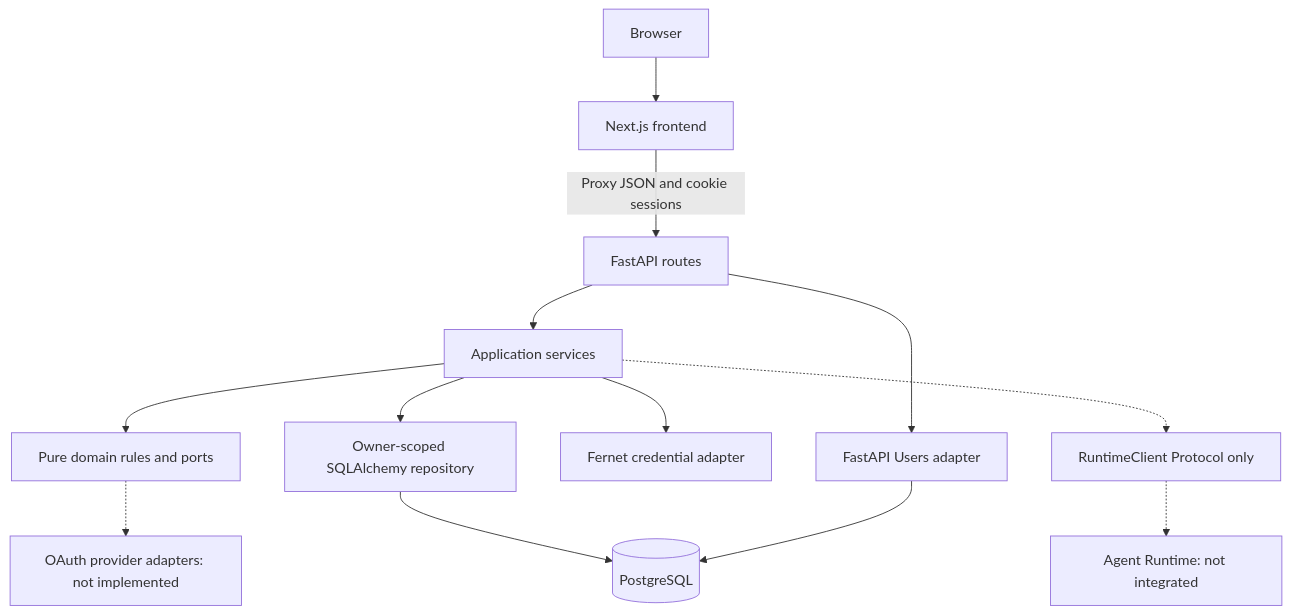
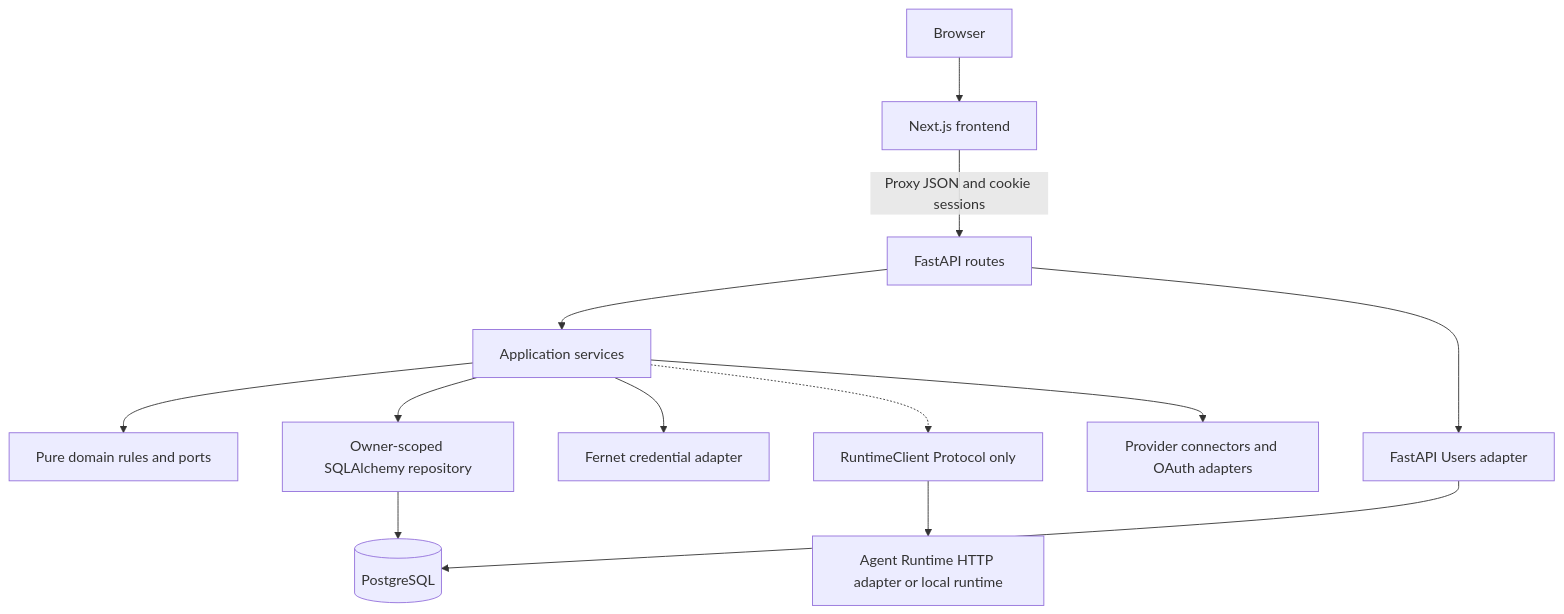
One commit to praveenachen/Relay-2.0 changed the diagram in docs/architecture/container-diagram.md. Above: the diagram before and after it, drawn with Mermaid. The commit also changed other lines of this file and 8 other files, not shown here.

````diff
--- a/docs/architecture/container-diagram.md
+++ b/docs/architecture/container-diagram.md
@@ -3,15 +3,15 @@
 ```mermaid
 flowchart TB
     Browser[Browser] --> Web[Next.js frontend]
     Web -->|Proxy JSON and cookie sessions| API[FastAPI routes]
     API --> Services[Application services]
     Services --> Domain[Pure domain rules and ports]
     Services --> Repo[Owner-scoped SQLAlchemy repository]
     Services --> Credentials[Fernet credential adapter]
     Repo --> DB[(PostgreSQL)]
     API --> Auth[FastAPI Users adapter]
     Auth --> DB
     Services -.-> Contract[RuntimeClient Protocol only]
-    Contract -.-> Runtime[Agent Runtime: not integrated]
-    Domain -.-> Providers[OAuth provider adapters: not implemented]
+    Contract --> Runtime[Agent Runtime HTTP adapter or local runtime]
+    Services --> Providers[Provider connectors and OAuth adapters]
 ```
````
